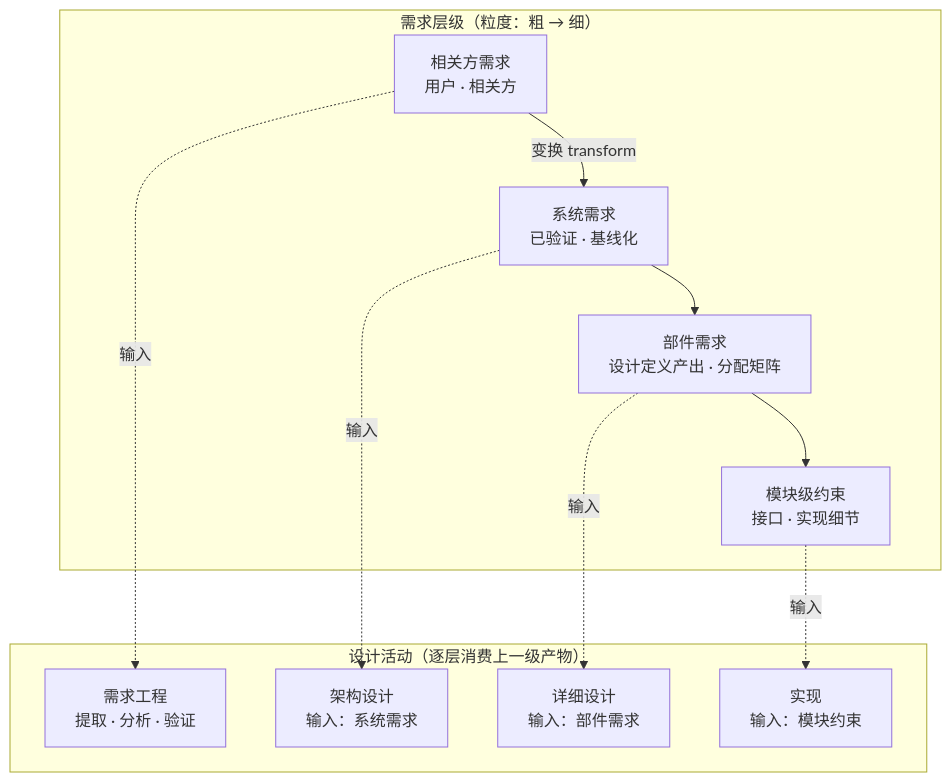
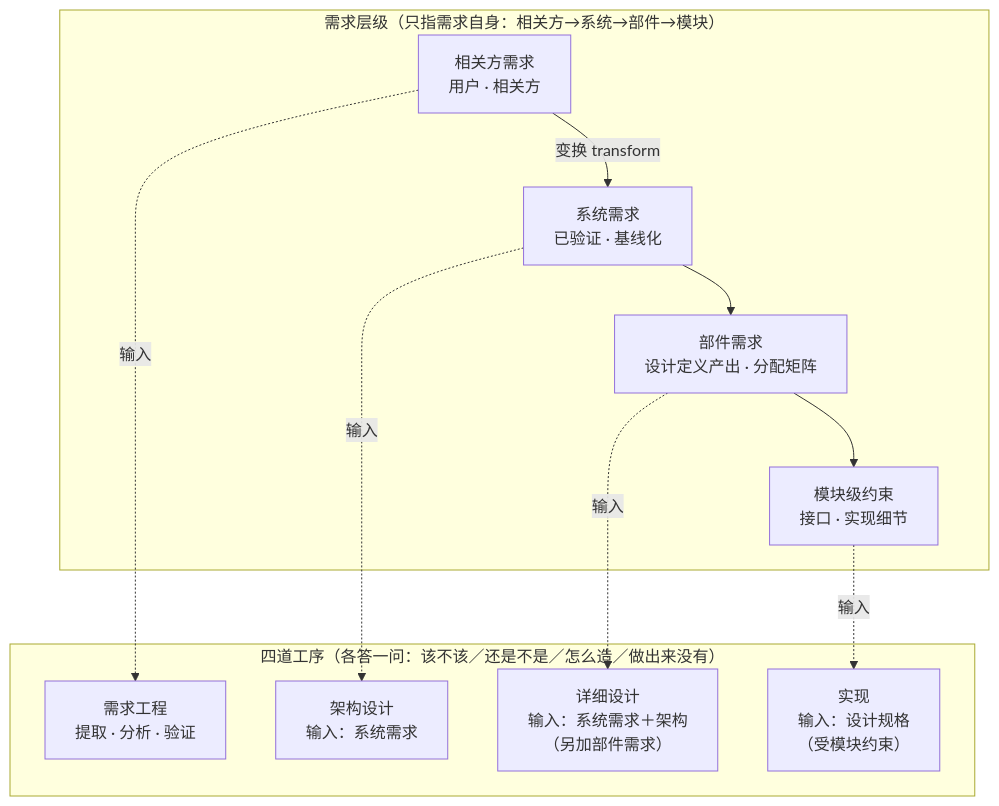
One commit to Yongjunzhou/business-Engineering changed the seventh of 12 diagrams in 10-系统工程研究/00-系统工程相关研究报告/10-架构设计方法论全景研究报告.md. Above: the diagram before and after it, drawn with Mermaid. The commit also changed other lines of this file and 5 other files, not shown here.

Commit message:
[AI] 10 号架构设计方法论全景对齐 46 号 v2.6（v2.8→v2.9→v3.0）：对齐落笔 182 处（首轮 134＋改后复读回修 48）、判留 61，五处硬伤（AD＝一组视图撞 §5.4／§4.1 图粒度梯子撞 §4.3／b) 2) 误指实为 b) 1)／2011 句尾非两条／三把尺一族 12 处轮内收口）；轻量重构＝摘要九条＋§0 走法＋台账「归主线」列（8/6/4/1/6/3/6/5/10＝49）＋§11.9 章↔清单对照，章题章序节号一处未动、库外换算 0；19 号台账与批五 4/4、三把尺批六 13→12、记忆两件

````diff
--- a/10-系统工程研究/00-系统工程相关研究报告/10-架构设计方法论全景研究报告.md
+++ b/10-系统工程研究/00-系统工程相关研究报告/10-架构设计方法论全景研究报告.md
@@ -516,18 +585,18 @@
 ```mermaid
 flowchart TB
-    subgraph REQ["需求层级（粒度：粗 → 细）"]
+    subgraph REQ["需求层级（只指需求自身：相关方→系统→部件→模块）"]
         R1[相关方需求<br/>用户 · 相关方] -->|变换 transform| R2[系统需求<br/>已验证 · 基线化]
         R2 --> R3[部件需求<br/>设计定义产出 · 分配矩阵]
         R3 --> R4[模块级约束<br/>接口 · 实现细节]
     end
-    subgraph DES["设计活动（逐层消费上一级产物）"]
+    subgraph DES["四道工序（各答一问：该不该／还是不是／怎么造／做出来没有）"]
         D1[需求工程<br/>提取 · 分析 · 验证]
         D2[架构设计<br/>输入：系统需求]
-        D3[详细设计<br/>输入：部件需求]
-        D4[实现<br/>输入：模块约束]
+        D3[详细设计<br/>输入：系统需求＋架构<br/>（另加部件需求）]
+        D4[实现<br/>输入：设计规格<br/>（受模块约束）]
     end
     R1 -.输入.-> D1
     R2 -.输入.-> D2
     R3 -.输入.-> D3
     R4 -.输入.-> D4
 ```
````
